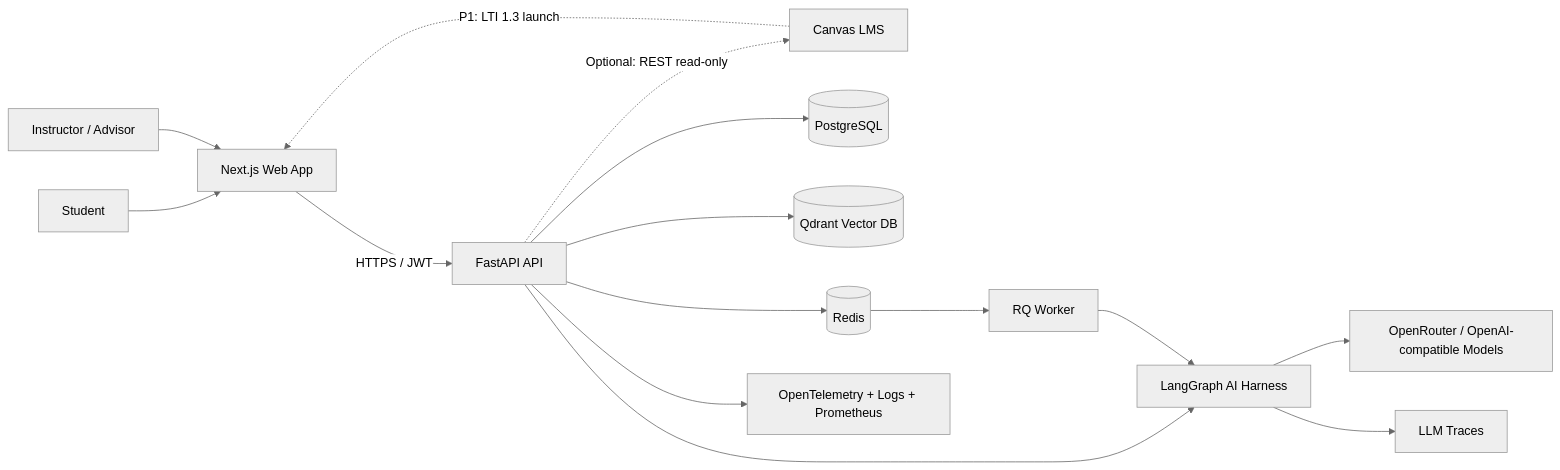
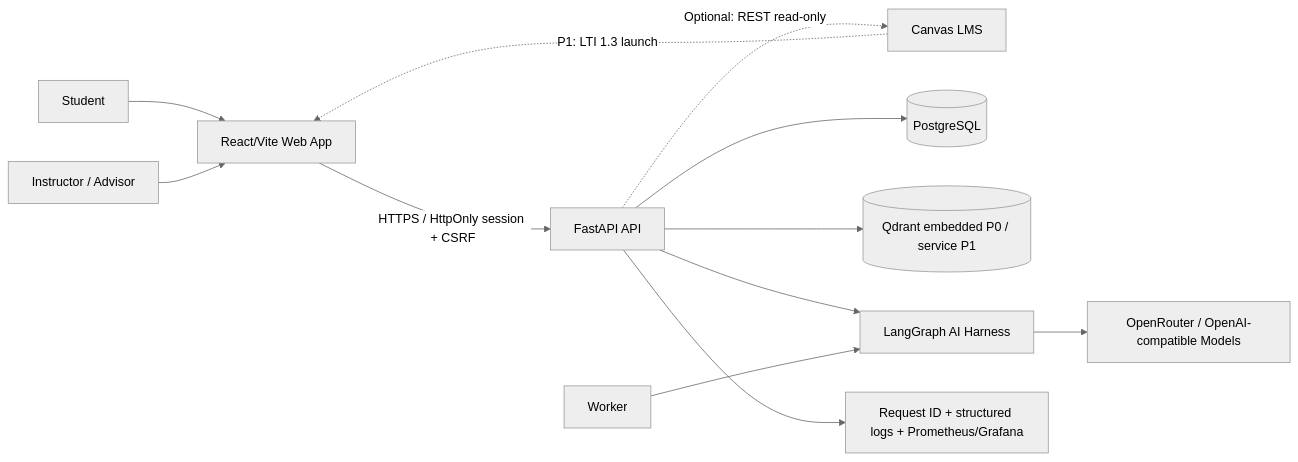
One commit to kchi24/K4_AI20K_2A202602797_ThanThiKimChi_Project changed the first of 4 diagrams in docs/architecture_diagram.md. Above: the diagram before and after it, drawn with Mermaid (neutral theme). The commit also changed other lines of this file and 40 other files, not shown here.

````diff
--- a/docs/architecture_diagram.md
+++ b/docs/architecture_diagram.md
@@ -7,17 +7,14 @@
 ```mermaid
 flowchart LR
-    Student[Student] --> Web[Next.js Web App]
+    Student[Student] --> Web[React/Vite Web App]
     Instructor[Instructor / Advisor] --> Web
     Canvas[Canvas LMS] -.->|P1: LTI 1.3 launch| Web
-    Web -->|HTTPS / JWT| API[FastAPI API]
+    Web -->|HTTPS / HttpOnly session + CSRF| API[FastAPI API]
     API -.->|Optional: REST read-only| Canvas
     API --> DB[(PostgreSQL)]
-    API --> Qdrant[(Qdrant Vector DB)]
-    API --> Redis[(Redis)]
-    Redis --> Worker[RQ Worker]
+    API --> Qdrant[(Qdrant embedded P0 / service P1)]
     API --> AI[LangGraph AI Harness]
     Worker --> AI
     AI --> Gateway[OpenRouter / OpenAI-compatible Models]
-    API --> Obs[OpenTelemetry + Logs + Prometheus]
-    AI --> LLMObs[LLM Traces]
+    API --> Obs[Request ID + structured logs + Prometheus/Grafana]
 ```
````
